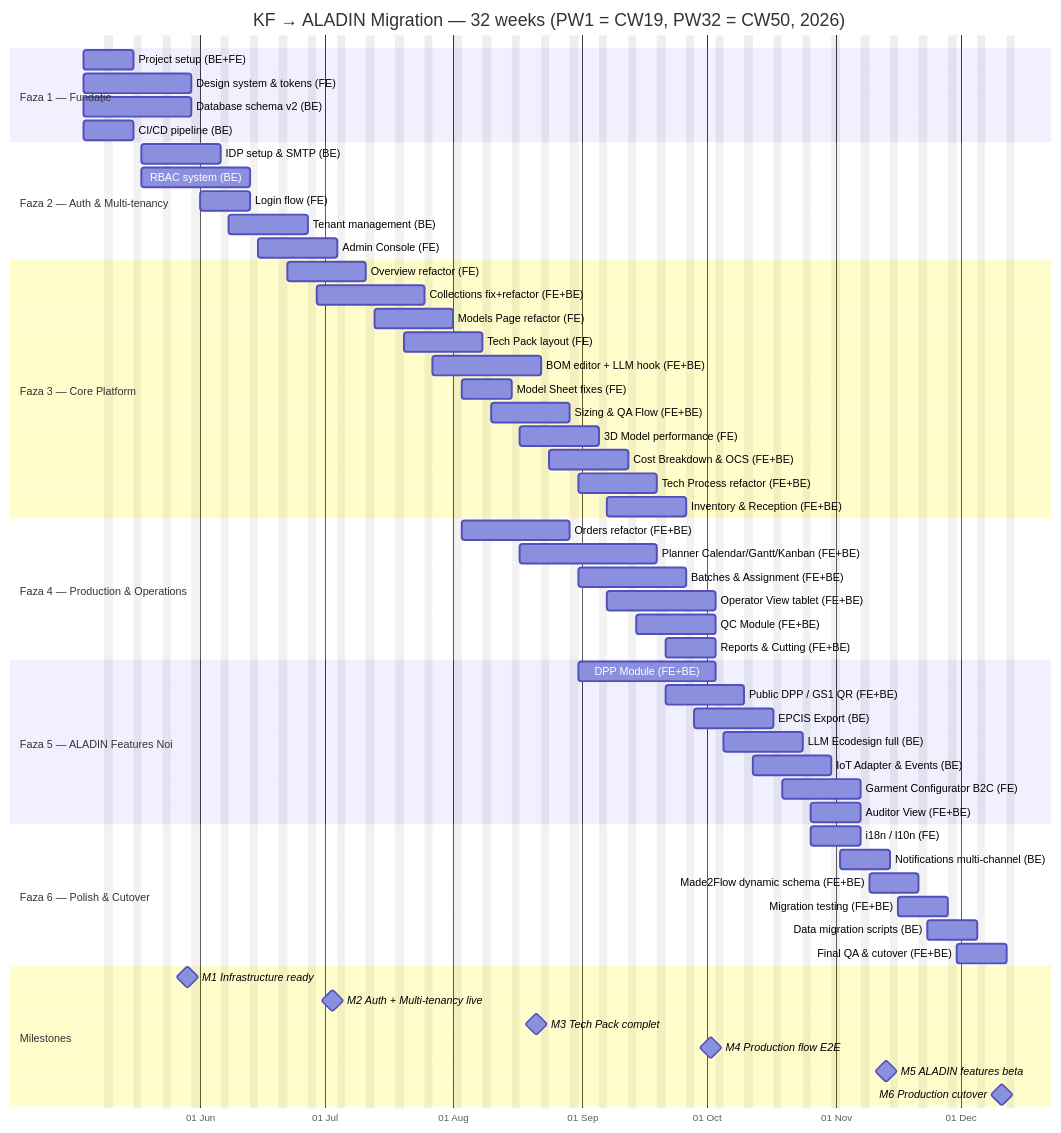
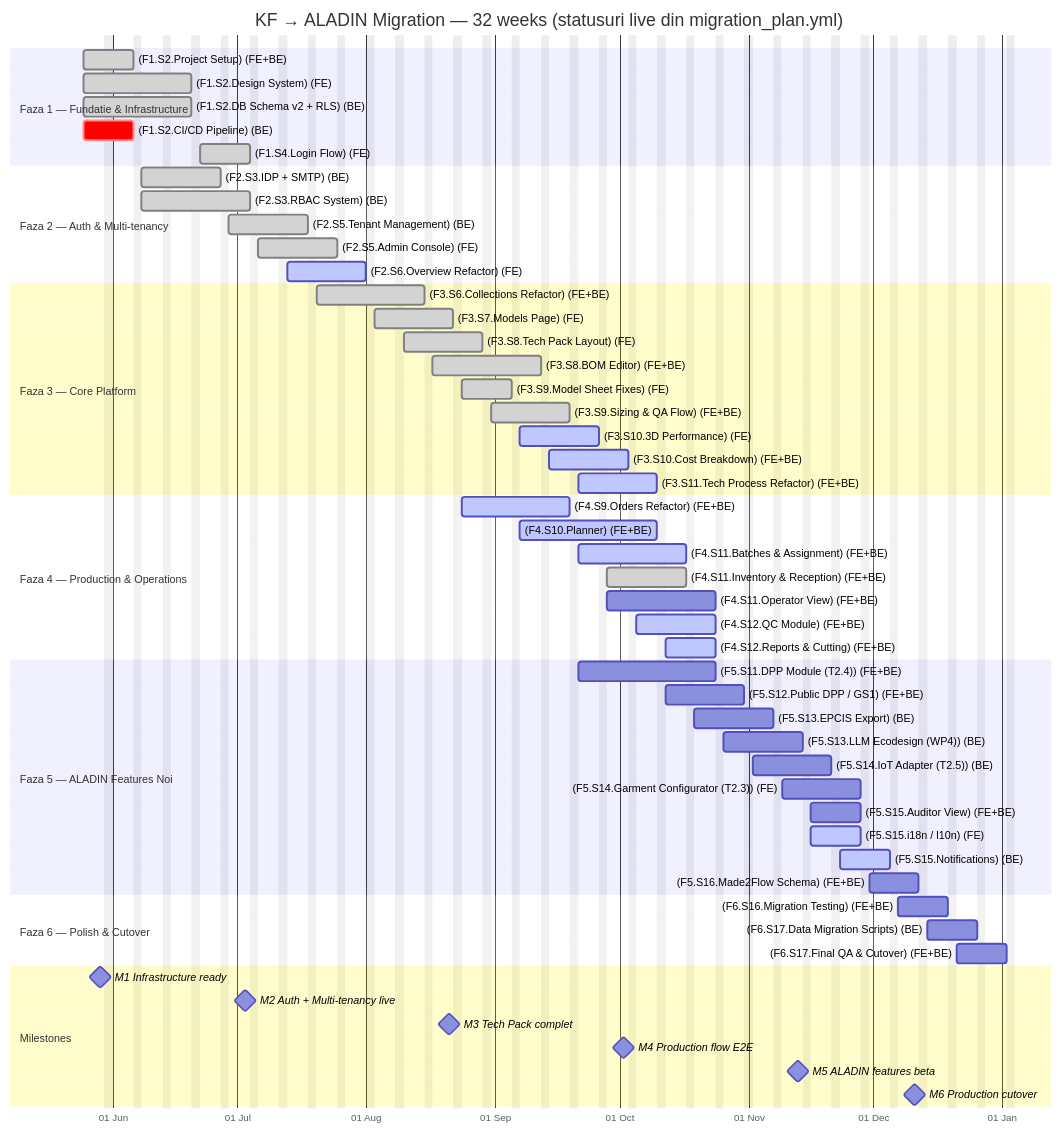
One commit to Katty-Fashion/kf-cpto changed the diagram in docs/migration-gantt.md. Above: the diagram before and after it, drawn with Mermaid. The commit also changed other lines of this file and 7 other files, not shown here.

````diff
--- a/docs/migration-gantt.md
+++ b/docs/migration-gantt.md
@@ -156,66 +163,66 @@
 ```mermaid
 gantt
-    title KF → ALADIN Migration — 32 weeks (PW1 = CW19, PW32 = CW50, 2026)
+    title KF → ALADIN Migration — 32 weeks (statusuri live din migration_plan.yml)
     dateFormat YYYY-MM-DD
     axisFormat %d %b
     excludes weekends
 
-    section Faza 1 — Fundație
-    Project setup (BE+FE)            :f1a, 2026-05-04, 10d
-    Design system & tokens (FE)      :f1b, 2026-05-04, 20d
-    Database schema v2 (BE)          :f1c, 2026-05-04, 20d
-    CI/CD pipeline (BE)              :f1d, 2026-05-04, 10d
+    section Faza 1 — Fundatie & Infrastructure
+    (F1.S2.Project Setup) (FE+BE) :done, f1t1, 2026-05-25, 10d
+    (F1.S2.Design System) (FE) :done, f1t2, 2026-05-25, 20d
+    (F1.S2.DB Schema v2 + RLS) (BE) :done, f1t3, 2026-05-25, 20d
+    (F1.S2.CI/CD Pipeline) (BE) :crit, f1t4, 2026-05-25, 10d
+    (F1.S4.Login Flow) (FE) :done, f1t5, 2026-06-22, 10d
 
     section Faza 2 — Auth & Multi-tenancy
-    IDP setup & SMTP (BE)            :f2a, 2026-05-18, 15d
-    RBAC system (BE)                 :f2b, 2026-05-18, 20d
-    Login flow (FE)                  :f2c, 2026-06-01, 10d
-    Tenant management (BE)           :f2d, 2026-06-08, 15d
-    Admin Console (FE)               :f2e, 2026-06-15, 15d
+    (F2.S3.IDP + SMTP) (BE) :done, f2t1, 2026-06-08, 15d
+    (F2.S3.RBAC System) (BE) :done, f2t2, 2026-06-08, 20d
+    (F2.S5.Tenant Management) (BE) :done, f2t3, 2026-06-29, 15d
+    (F2.S5.Admin Console) (FE) :done, f2t4, 2026-07-06, 15d
+    (F2.S6.Overview Refactor) (FE) :active, f2t5, 2026-07-13, 15d
 
     section Faza 3 — Core Platform
-    Overview refactor (FE)              :f3a, 2026-06-22, 15d
-    Collections fix+refactor (FE+BE)    :f3b, 2026-06-29, 20d
-    Models Page refactor (FE)           :f3c, 2026-07-13, 15d
-    Tech Pack layout (FE)               :f3d, 2026-07-20, 15d
-    BOM editor + LLM hook (FE+BE)       :f3e, 2026-07-27, 20d
-    Model Sheet fixes (FE)              :f3f, 2026-08-03, 10d
-    Sizing & QA Flow (FE+BE)            :f3g, 2026-08-10, 15d
-    3D Model performance (FE)           :f3h, 2026-08-17, 15d
-    Cost Breakdown & OCS (FE+BE)        :f3i, 2026-08-24, 15d
-    Tech Process refactor (FE+BE)       :f3j, 2026-08-31, 15d
-    Inventory & Reception (FE+BE)       :f3k, 2026-09-07, 15d
+    (F3.S6.Collections Refactor) (FE+BE) :done, f3t1, 2026-07-20, 20d
+    (F3.S7.Models Page) (FE) :done, f3t2, 2026-08-03, 15d
+    (F3.S8.Tech Pack Layout) (FE) :done, f3t3, 2026-08-10, 15d
+    (F3.S8.BOM Editor) (FE+BE) :done, f3t4, 2026-08-17, 20d
+    (F3.S9.Model Sheet Fixes) (FE) :done, f3t5, 2026-08-24, 10d
+    (F3.S9.Sizing & QA Flow) (FE+BE) :done, f3t6, 2026-08-31, 15d
+    (F3.S10.3D Performance) (FE) :active, f3t7, 2026-09-07, 15d
+    (F3.S10.Cost Breakdown) (FE+BE) :active, f3t8, 2026-09-14, 15d
+    (F3.S11.Tech Process Refactor) (FE+BE) :active, f3t9, 2026-09-21, 15d
 
     section Faza 4 — Production & Operations
-    Orders refactor (FE+BE)                  :f4a, 2026-08-03, 20d
-    Planner Calendar/Gantt/Kanban (FE+BE)    :f4b, 2026-08-17, 25d
-    Batches & Assignment (FE+BE)             :f4c, 2026-08-31, 20d
-    Operator View tablet (FE+BE)             :f4d, 2026-09-07, 20d
-    QC Module (FE+BE)                        :f4e, 2026-09-14, 15d
-    Reports & Cutting (FE+BE)                :f4f, 2026-09-21, 10d
+    (F4.S9.Orders Refactor) (FE+BE) :active, f4t1, 2026-08-24, 20d
+    (F4.S10.Planner) (FE+BE) :active, f4t2, 2026-09-07, 25d
+    (F4.S11.Batches & Assignment) (FE+BE) :active, f4t3, 2026-09-21, 20d
+    (F4.S11.Inventory & Reception) (FE+BE) :done, f4t4, 2026-09-28, 15d
+    (F4.S11.Operator View) (FE+BE) :f4t5, 2026-09-28, 20d
+    (F4.S12.QC Module) (FE+BE) :active, f4t6, 2026-10-05, 15d
+    (F4.S12.Reports & Cutting) (FE+BE) :active, f4t7, 2026-10-12, 10d
 
     section Faza 5 — ALADIN Features Noi
-    DPP Module (FE+BE)                       :f5a, 2026-08-31, 25d
-    Public DPP / GS1 QR (FE+BE)              :f5b, 2026-09-21, 15d
-    EPCIS Export (BE)                        :f5c, 2026-09-28, 15d
-    LLM Ecodesign full (BE)                  :f5d, 2026-10-05, 15d
-    IoT Adapter & Events (BE)                :f5e, 2026-10-12, 15d
-    Garment Configurator B2C (FE)            :f5f, 2026-10-19, 15d
-    Auditor View (FE+BE)                     :f5g, 2026-10-26, 10d
+    (F5.S11.DPP Module (T2.4)) (FE+BE) :f5t1, 2026-09-21, 25d
+    (F5.S12.Public DPP / GS1) (FE+BE) :f5t2, 2026-10-12, 15d
+    (F5.S13.EPCIS Export) (BE) :f5t3, 2026-10-19, 15d
+    (F5.S13.LLM Ecodesign (WP4)) (BE) :f5t4, 2026-10-26, 15d
+    (F5.S14.IoT Adapter (T2.5)) (BE) :f5t5, 2026-11-02, 15d
+    (F5.S14.Garment Configurator (T2.3)) (FE) :f5t6, 2026-11-09, 15d
+    (F5.S15.Auditor View) (FE+BE) :f5t7, 2026-11-16, 10d
+    (F5.S15.i18n / l10n) (FE) :active, f5t8, 2026-11-16, 10d
+    (F5.S15.Notifications) (BE) :active, f5t9, 2026-11-23, 10d
+    (F5.S16.Made2Flow Schema) (FE+BE) :f5t10, 2026-11-30, 10d
 
     section Faza 6 — Polish & Cutover
-    i18n / l10n (FE)                         :f6a, 2026-10-26, 10d
-    Notifications multi-channel (BE)         :f6b, 2026-11-02, 10d
-    Made2Flow dynamic schema (FE+BE)         :f6c, 2026-11-09, 10d
-    Migration testing (FE+BE)                :f6d, 2026-11-16, 10d
-    Data migration scripts (BE)              :f6e, 2026-11-23, 10d
-    Final QA & cutover (FE+BE)               :f6f, 2026-11-30, 10d
+    (F6.S16.Migration Testing) (FE+BE) :f6t1, 2026-12-07, 10d
+    (F6.S17.Data Migration Scripts) (BE) :f6t2, 2026-12-14, 10d
+    (F6.S17.Final QA & Cutover) (FE+BE) :f6t3, 2026-12-21, 10d
 
     section Milestones
-    M1 Infrastructure ready          :milestone, m1, 2026-05-29, 0d
-    M2 Auth + Multi-tenancy live     :milestone, m2, 2026-07-03, 0d
-    M3 Tech Pack complet             :milestone, m3, 2026-08-21, 0d
-    M4 Production flow E2E           :milestone, m4, 2026-10-02, 0d
-    M5 ALADIN features beta          :milestone, m5, 2026-11-13, 0d
-    M6 Production cutover            :milestone, m6, 2026-12-11, 0d
+    M1 Infrastructure ready :milestone, m1, 2026-05-29, 0d
+    M2 Auth + Multi-tenancy live :milestone, m2, 2026-07-03, 0d
+    M3 Tech Pack complet :milestone, m3, 2026-08-21, 0d
+    M4 Production flow E2E :milestone, m4, 2026-10-02, 0d
+    M5 ALADIN features beta :milestone, m5, 2026-11-13, 0d
+    M6 Production cutover :milestone, m6, 2026-12-11, 0d
 ```
````
